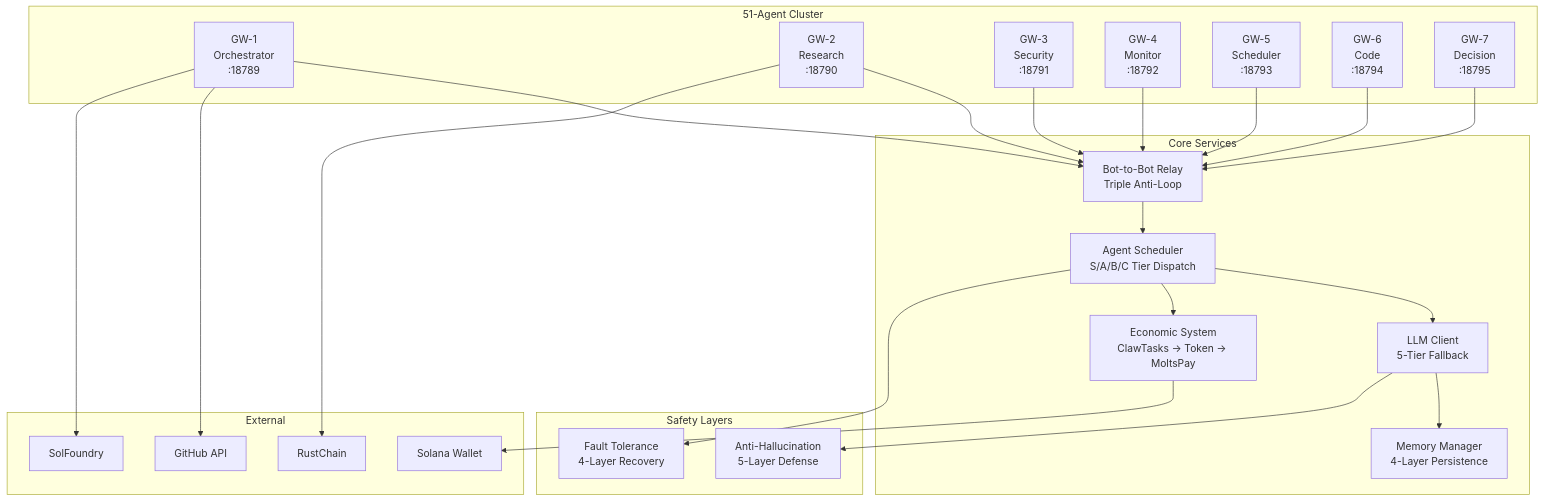
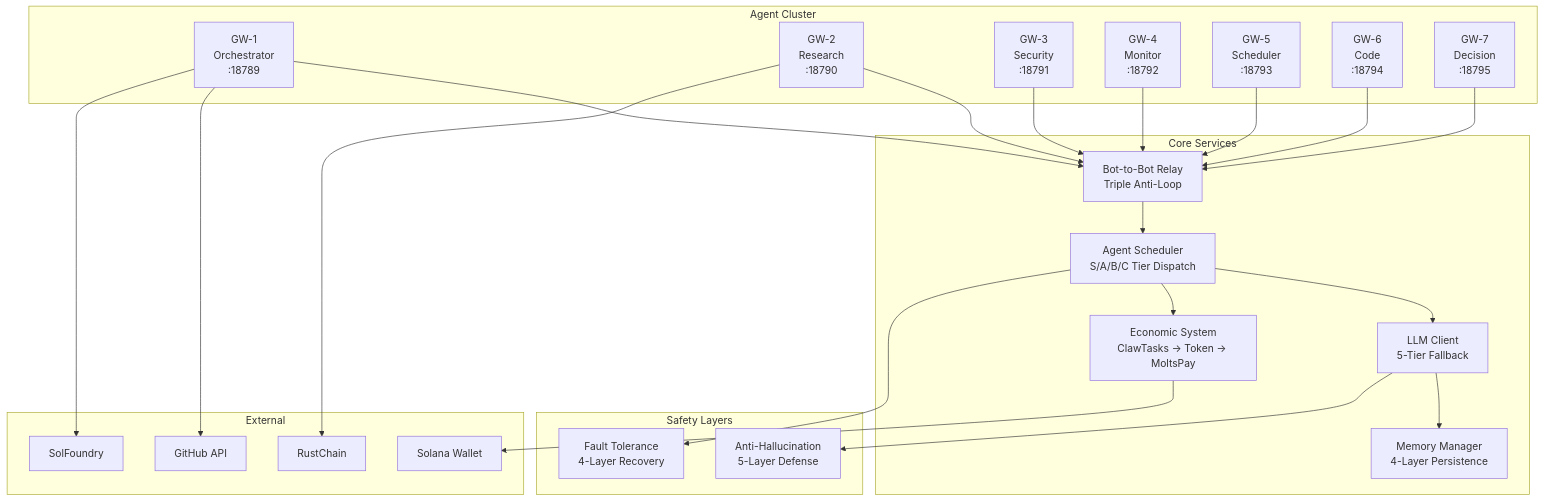
One commit to SolFoundry/solfoundry changed the first of 8 diagrams in bounty_agent/ARCHITECTURE.md. Above: the diagram before and after it, drawn with Mermaid.

Commit message:
fix: remove '51-Agent Cluster' from Mermaid diagram

````diff
--- a/bounty_agent/ARCHITECTURE.md
+++ b/bounty_agent/ARCHITECTURE.md
@@ -125,44 +125,44 @@
 ```mermaid
 graph TB
-    subgraph "51-Agent Cluster"
+    subgraph "Agent Cluster"
         GW1["GW-1<br/>Orchestrator<br/>:18789"]
         GW2["GW-2<br/>Research<br/>:18790"]
         GW3["GW-3<br/>Security<br/>:18791"]
         GW4["GW-4<br/>Monitor<br/>:18792"]
         GW5["GW-5<br/>Scheduler<br/>:18793"]
         GW6["GW-6<br/>Code<br/>:18794"]
         GW7["GW-7<br/>Decision<br/>:18795"]
     end
 
     subgraph "Core Services"
         SCHED["Agent Scheduler<br/>S/A/B/C Tier Dispatch"]
         ECON["Economic System<br/>ClawTasks → Token → MoltsPay"]
         RELAY["Bot-to-Bot Relay<br/>Triple Anti-Loop"]
         LLM["LLM Client<br/>5-Tier Fallback"]
         MEM["Memory Manager<br/>4-Layer Persistence"]
     end
 
     subgraph "Safety Layers"
         AH["Anti-Hallucination<br/>5-Layer Defense"]
         FT["Fault Tolerance<br/>4-Layer Recovery"]
     end
 
     subgraph "External"
         GH["GitHub API"]
         SF["SolFoundry"]
         RC["RustChain"]
         SOL["Solana Wallet"]
     end
 
     GW1 & GW2 & GW3 & GW4 & GW5 & GW6 & GW7 --> RELAY
     RELAY --> SCHED
     SCHED --> LLM
     LLM --> MEM
     SCHED --> ECON
     ECON --> SOL
     LLM --> AH
     SCHED --> FT
     GW1 --> GH
     GW1 --> SF
     GW2 --> RC
 ```
````
